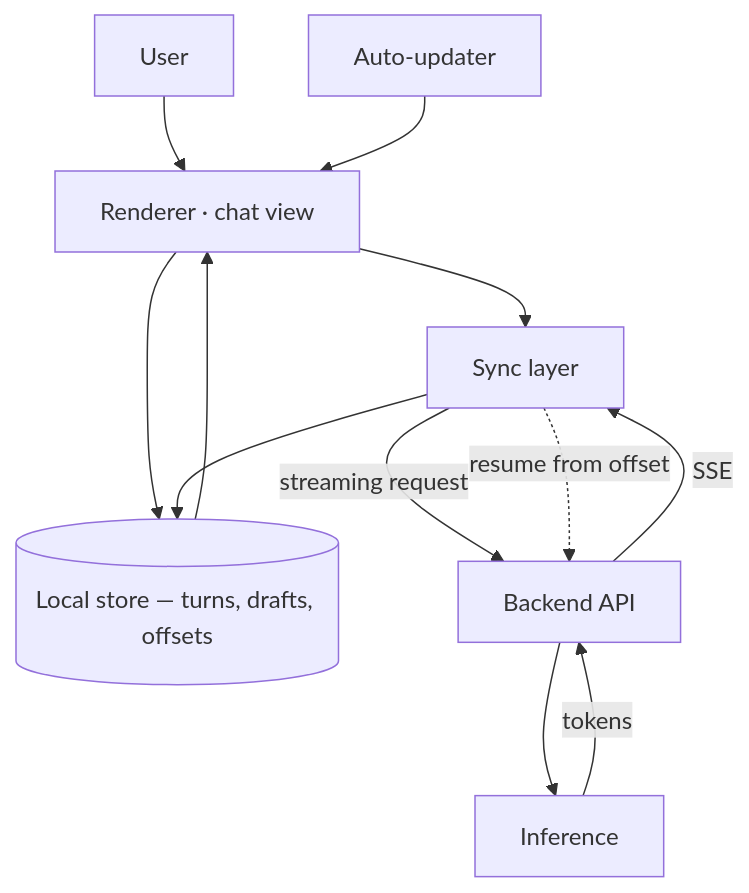
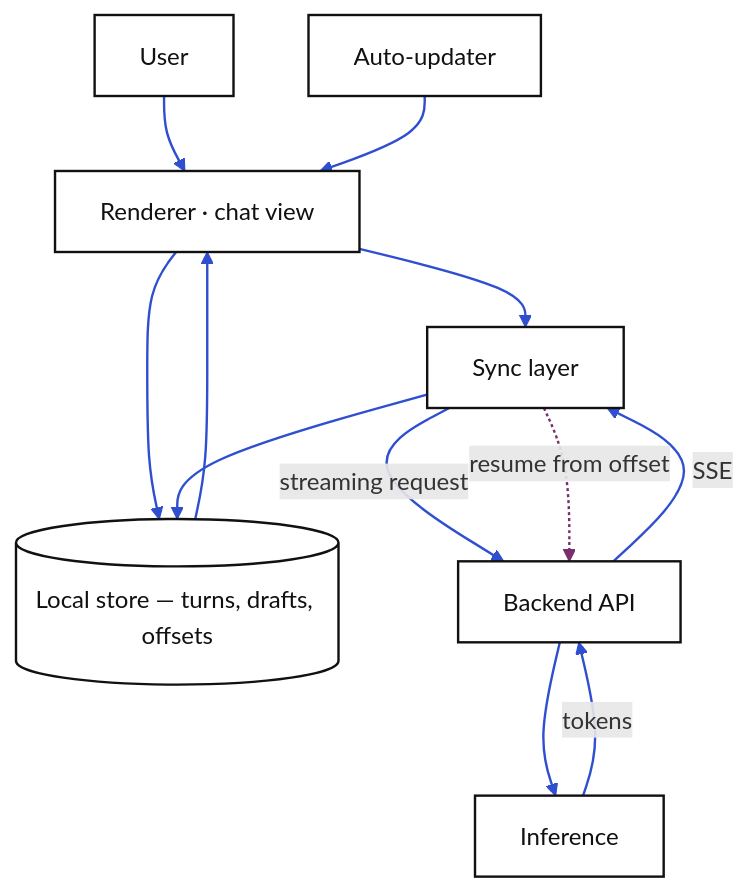
One commit to kkanakka/kkanakka.github.io changed the diagram in diagrams-src/desktop-chat-frontend/architecture.mmd. Above: the diagram before and after it, drawn with Mermaid. The commit also changed 115 other files, not shown here.

First line of the commit message:
Restyle architecture diagrams: black on white, blue sync, purple async

```diff
--- a/diagrams-src/desktop-chat-frontend/architecture.mmd
+++ b/diagrams-src/desktop-chat-frontend/architecture.mmd
@@ -1,14 +1,19 @@
 %% section: Design
 %% caption: Architecture
 flowchart TB
     U["User"] --> UI["Renderer · chat view"]
     UI --> STORE[("Local store — turns, drafts, offsets")]
     UI --> NET["Sync layer"]
     NET -- "streaming request" --> API["Backend API"]
     API --> INF["Inference"]
     INF -- tokens --> API
     API -- SSE --> NET
     NET --> STORE
     STORE --> UI
     NET -. "resume from offset" .-> API
     UPD["Auto-updater"] --> UI
+%% --- style (generated by scripts/style-flowcharts.js) ---
+    classDef n fill:#ffffff,stroke:#111111,stroke-width:1.6px,color:#111111;
+    class U,UI,STORE,NET,API,INF,UPD n;
+    linkStyle 0,1,2,3,4,5,6,7,8,10 stroke:#2f4fd0,stroke-width:1.6px;
+    linkStyle 9 stroke:#7a2f6d,stroke-width:1.6px;
```
